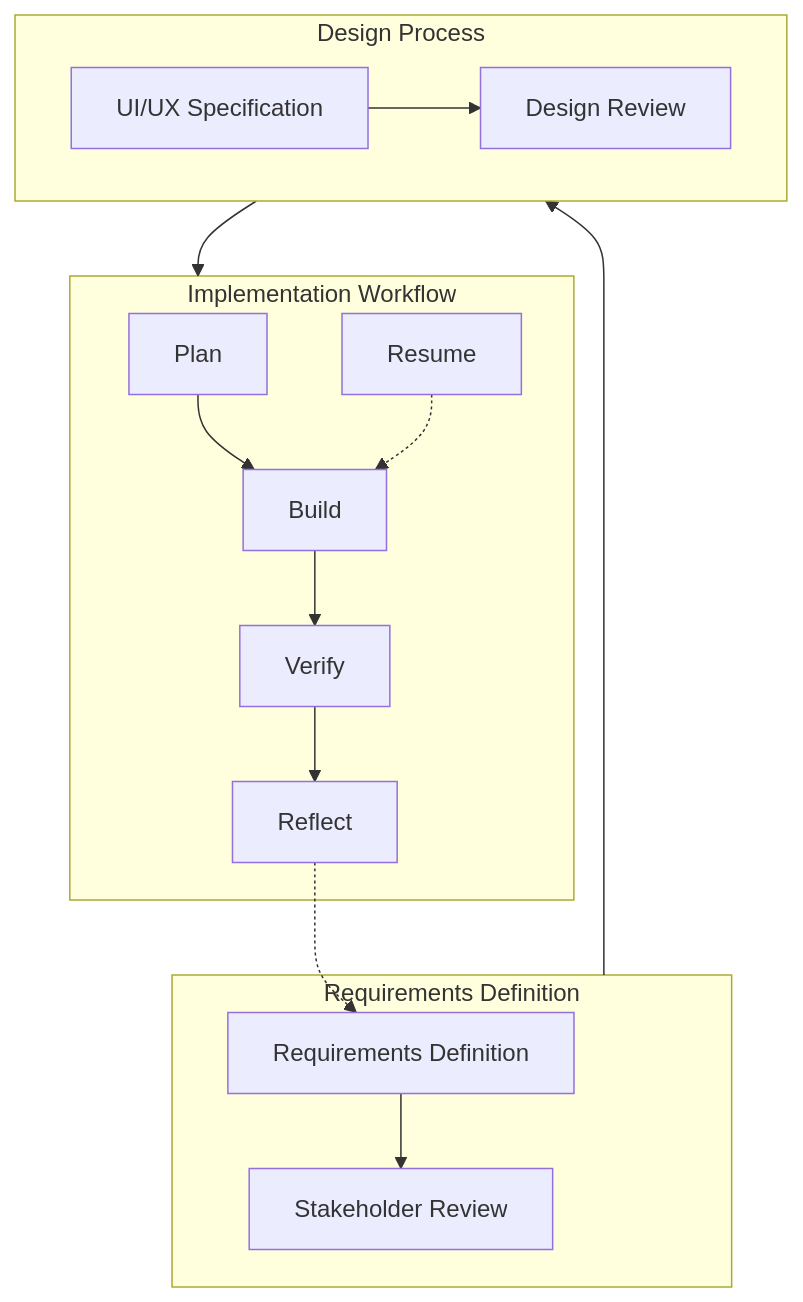
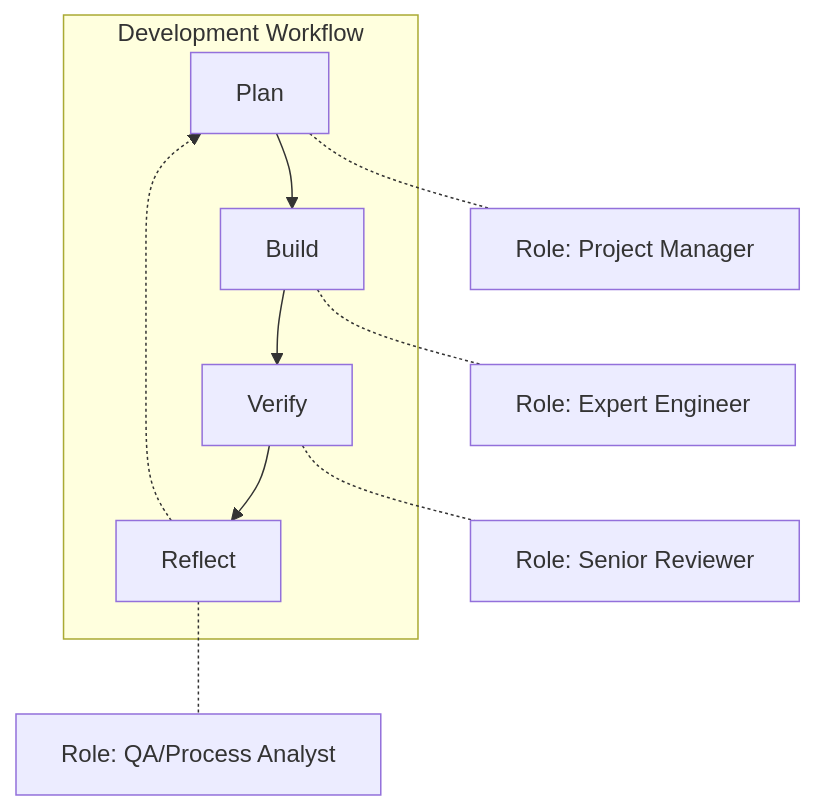
Before and after one commit to huddlz-hq/huddlz: the diagram in docs/development_lifecycle.md, drawn with Mermaid. The commit also changed other lines of this file and 5 other files, not shown here.

````diff
--- a/docs/development_lifecycle.md
+++ b/docs/development_lifecycle.md
@@ -9,19 +9,12 @@
 ```mermaid
 flowchart TD
-  subgraph Requirements["Requirements Definition"]
-    define["Requirements Definition"] --> review["Stakeholder Review"]
+  subgraph Implementation["Development Workflow"]
+    plan["Plan"] --> build["Build"] --> verify["Verify"] --> reflect["Reflect"]
+    reflect -.-> plan
   end
   
-  subgraph Design["Design Process"]
-    ui_spec["UI/UX Specification"] --> design_review["Design Review"]
-  end
-  
-  subgraph Implementation["Implementation Workflow"]
-    plan["Plan"] --> build["Build"] --> verify["Verify"] --> reflect["Reflect"]
-    resume["Resume"] -.-> build
-  end
-  
-  Requirements --> Design
-  Design --> Implementation
-  reflect -.-> define
+  plan -.- role1["Role: Project Manager"]
+  build -.- role2["Role: Expert Engineer"]
+  verify -.- role3["Role: Senior Reviewer"]
+  reflect -.- role4["Role: QA/Process Analyst"]
 ```
````
